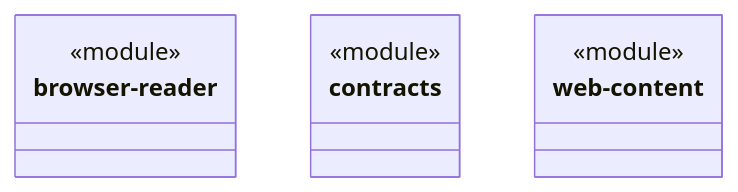
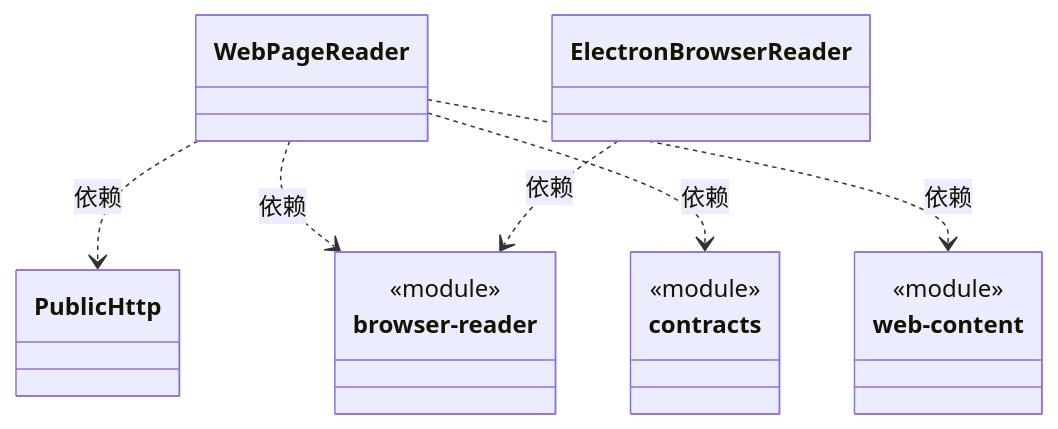
One commit to nan023062/cbim changed the first of 2 diagrams in src/core/web/ARCHITECTURE.md. Above: the diagram before and after it, drawn with Mermaid. The commit also changed other lines of this file and 461 other files, not shown here.

````diff
--- a/src/core/web/ARCHITECTURE.md
+++ b/src/core/web/ARCHITECTURE.md
@@ -23,15 +29,26 @@
 ```mermaid
 classDiagram
+class N_3c6447767be2["WebPageReader"]
+click N_3c6447767be2 href "page-reader.ts"
+class N_df57e7a4ac5f["PublicHttp"]
+click N_df57e7a4ac5f href "public-http.ts"
 class N_75d7b3b14271["browser-reader"] {
   <<module>>
 }
 click N_75d7b3b14271 href "browser-reader.ts"
 class N_517855d52931["contracts"] {
   <<module>>
 }
 click N_517855d52931 href "contracts.ts"
 class N_911635278df9["web-content"] {
   <<module>>
 }
 click N_911635278df9 href "web-content.ts"
+class N_2a154763742c["ElectronBrowserReader"]
+click N_2a154763742c href "electron.ts"
+N_3c6447767be2 ..> N_df57e7a4ac5f : 依赖
+N_3c6447767be2 ..> N_75d7b3b14271 : 依赖
+N_3c6447767be2 ..> N_517855d52931 : 依赖
+N_3c6447767be2 ..> N_911635278df9 : 依赖
+N_2a154763742c ..> N_75d7b3b14271 : 依赖
 ```
````
